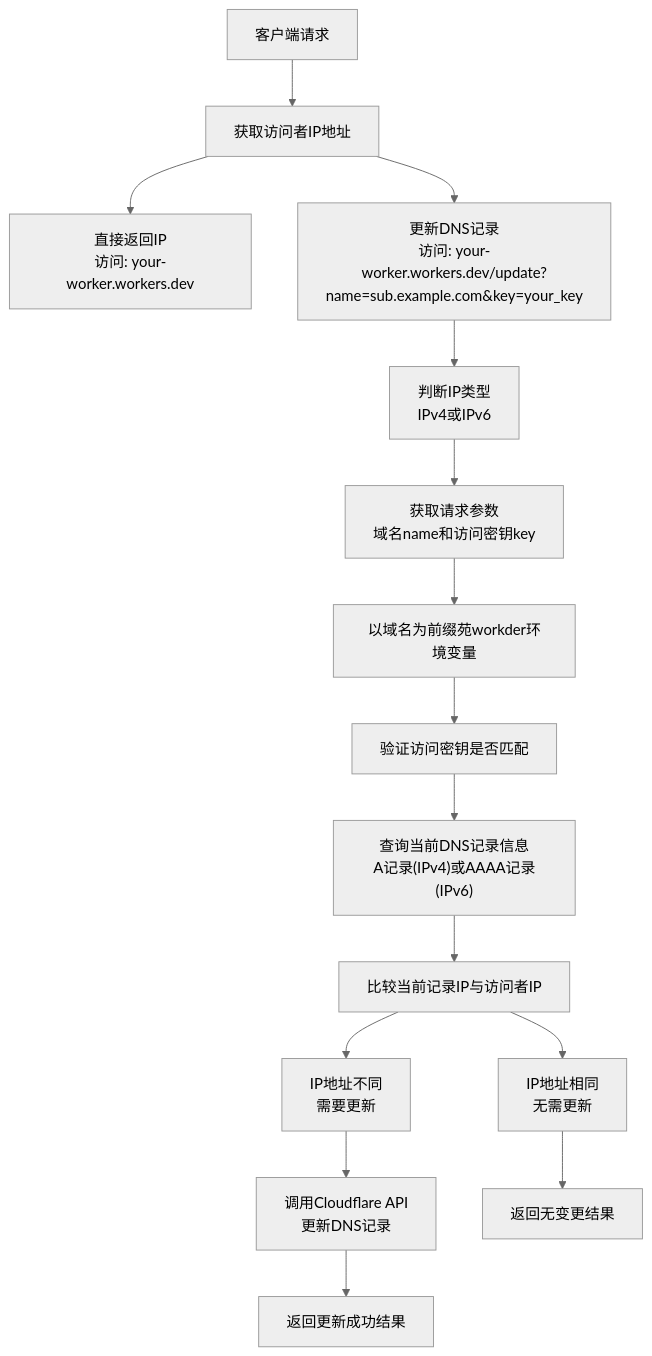
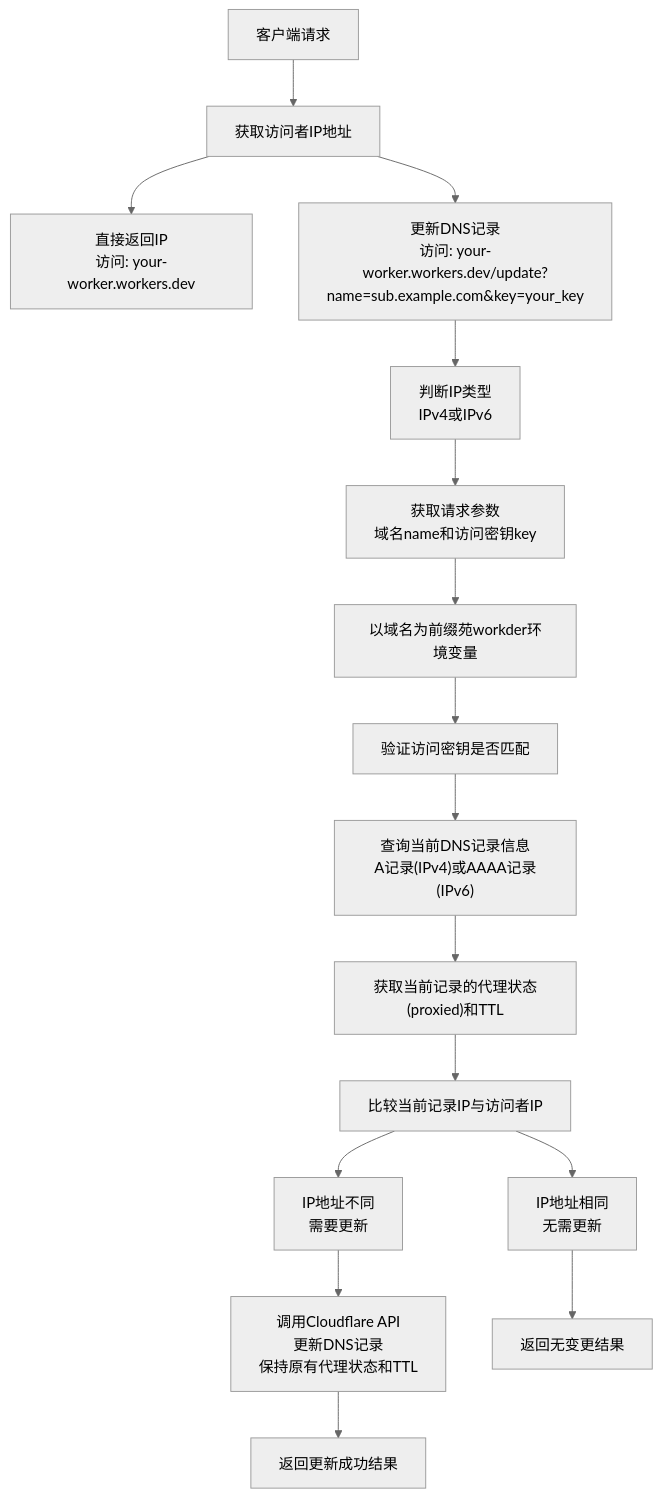
The diagram in README.md (littletao08/ddns-worker), drawn with Mermaid (neutral theme) before and after one commit. The commit also changed other lines of this file and 1 other file, not shown here.

Commit message:
keep proxy flag

````diff
--- a/README.md
+++ b/README.md
@@ -16,17 +17,18 @@
 ```mermaid
 flowchart TD
     A["客户端请求"] --> B["获取访问者IP地址"]
     B --> C["直接返回IP<br/>访问: your-worker.workers.dev"]
     B --> D["更新DNS记录<br/>访问: your-worker.workers.dev/update?name=sub.example.com&key=your_key"]
     D --> E["判断IP类型<br/>IPv4或IPv6"]
     E --> F["获取请求参数<br/>域名name和访问密钥key"]
     F --> G["以域名为前缀苑workder环境变量"]
     G --> H["验证访问密钥是否匹配"]
     H --> I["查询当前DNS记录信息<br/>A记录(IPv4)或AAAA记录(IPv6)"]
-    I --> J["比较当前记录IP与访问者IP"]
-    J --> K["IP地址相同<br/>无需更新"]
-    J --> L["IP地址不同<br/>需要更新"]
-    L --> M["调用Cloudflare API<br/>更新DNS记录"]
-    K --> N["返回无变更结果"]
-    M --> O["返回更新成功结果"]
+    I --> J["获取当前记录的代理状态(proxied)和TTL"]
+    J --> K["比较当前记录IP与访问者IP"]
+    K --> L["IP地址相同<br/>无需更新"]
+    K --> M["IP地址不同<br/>需要更新"]
+    M --> N["调用Cloudflare API<br/>更新DNS记录<br/>保持原有代理状态和TTL"]
+    L --> O["返回无变更结果"]
+    N --> P["返回更新成功结果"]
 ```
````
